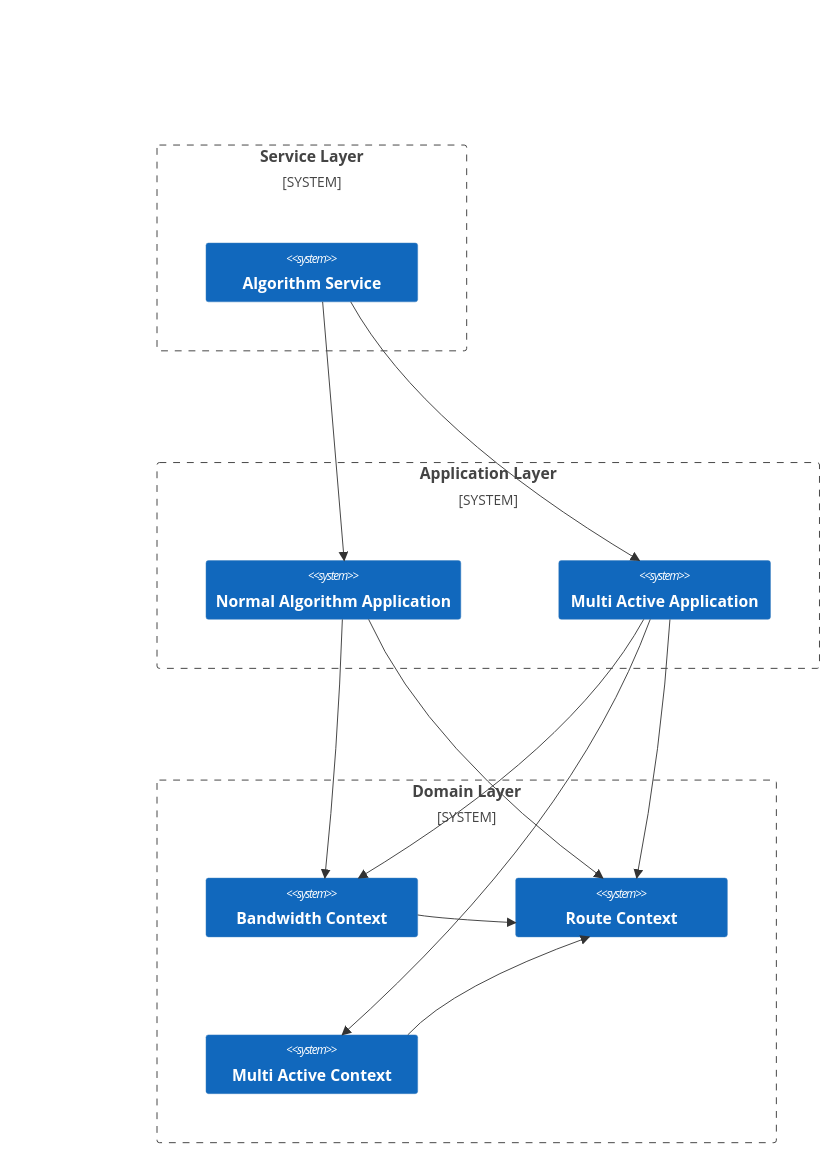
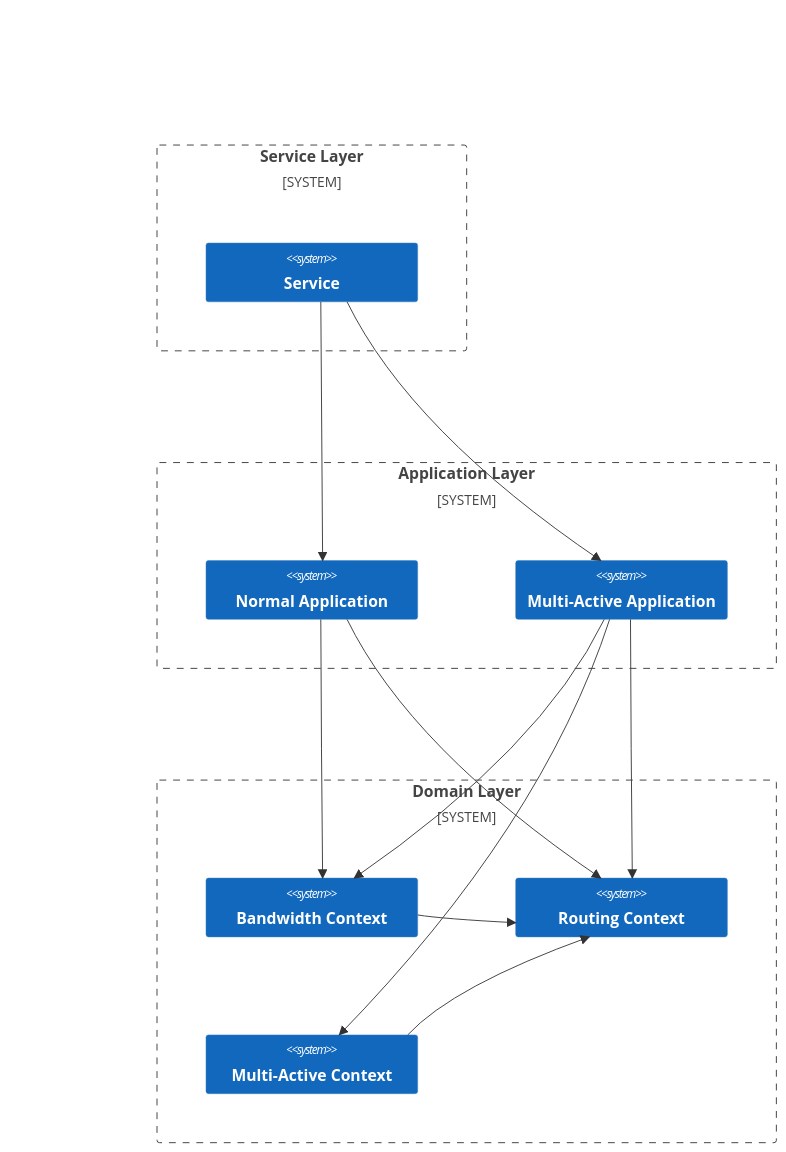
One commit to fuookami/ospf changed the second of 2 diagrams in docs/guide/what-is-ospf.md. Above: the diagram before and after it, drawn with Mermaid. The commit also changed other lines of this file and 96 other files, not shown here.

````diff
--- a/docs/guide/what-is-ospf.md
+++ b/docs/guide/what-is-ospf.md
@@ -414,27 +419,27 @@
 ```mermaid
 C4Context
-  System_Boundary(ServiceLayer, "Service Layer") {
-    System(AlgorithmService, "Algorithm Service")
+  System_Boundary(服务层, "Service Layer") {
+    System(服务, "Service")
   }
-  System_Boundary(ApplicationLayer, "Application Layer") {
-    System(NormalApplication, "Normal Algorithm Application")
-    System(MultiActiveApplication, "Multi Active Application")
+  System_Boundary(应用层, "Application Layer") {
+    System(普通应用, "Normal Application")
+    System(带多活的应用, "Multi-Active Application")
   }
-  System_Boundary(DomainLayer, "Domain Layer") {
-    System(BandwidthContext, "Bandwidth Context")
-    System(RouteContext, "Route Context")
-    System(MultiActiveContext, "Multi Active Context")
+  System_Boundary(领域层, "Domain Layer") {
+    System(带宽上下文, "Bandwidth Context")
+    System(回路上下文, "Routing Context")
+    System(多活上下文, "Multi-Active Context")
   }
 
-  Rel(AlgorithmService, NormalApplication, "", "")
-  Rel(AlgorithmService, MultiActiveApplication, "", "")
-  Rel(NormalApplication, RouteContext, "", "")
-  Rel(NormalApplication, BandwidthContext, "", "")
-  Rel(MultiActiveApplication, RouteContext, "", "")
-  Rel(MultiActiveApplication, BandwidthContext, "", "")
-  Rel(MultiActiveApplication, MultiActiveContext, "", "")
-  Rel(BandwidthContext, RouteContext, "", "")
-  Rel(MultiActiveContext, RouteContext, "", "")
+  Rel(服务, 普通应用, "", "")
+  Rel(服务, 带多活的应用, "", "")
+  Rel(普通应用, 回路上下文, "", "")
+  Rel(普通应用, 带宽上下文, "", "")
+  Rel(带多活的应用, 回路上下文, "", "")
+  Rel(带多活的应用, 带宽上下文, "", "")
+  Rel(带多活的应用, 多活上下文, "", "")
+  Rel(带宽上下文, 回路上下文, "", "")
+  Rel(多活上下文, 回路上下文, "", "")
 
   UpdateLayoutConfig($c4ShapeInRow="6", $c4BoundaryInRow="1")
 ```
````
